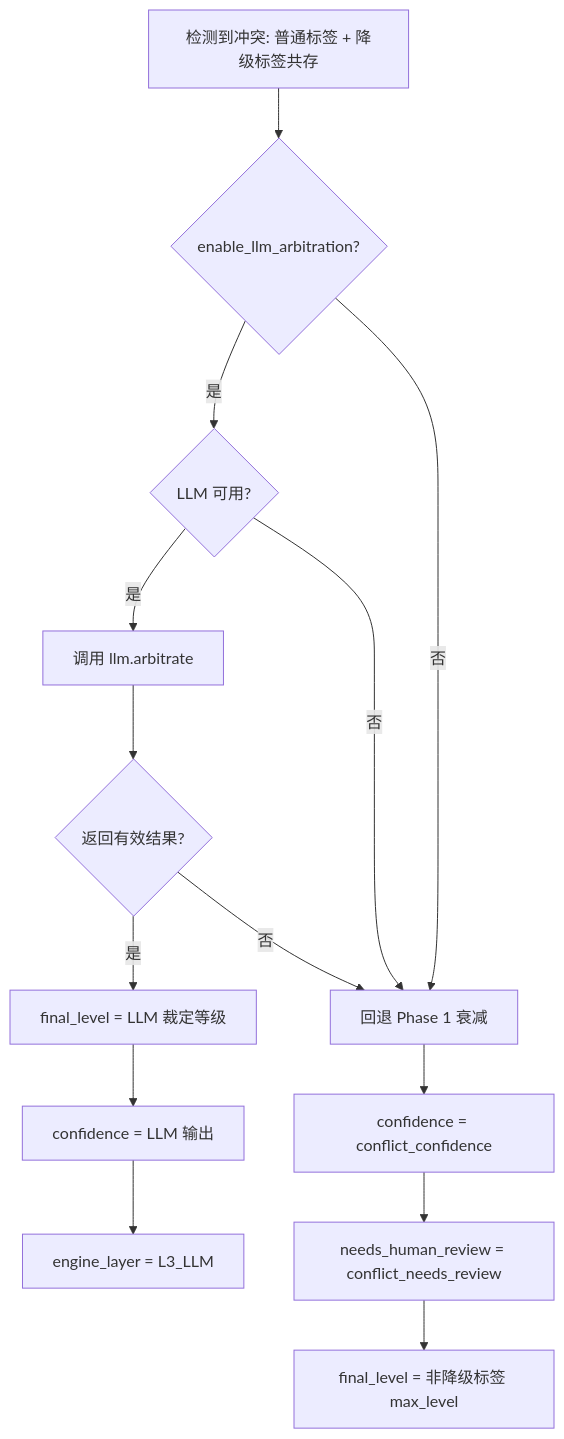
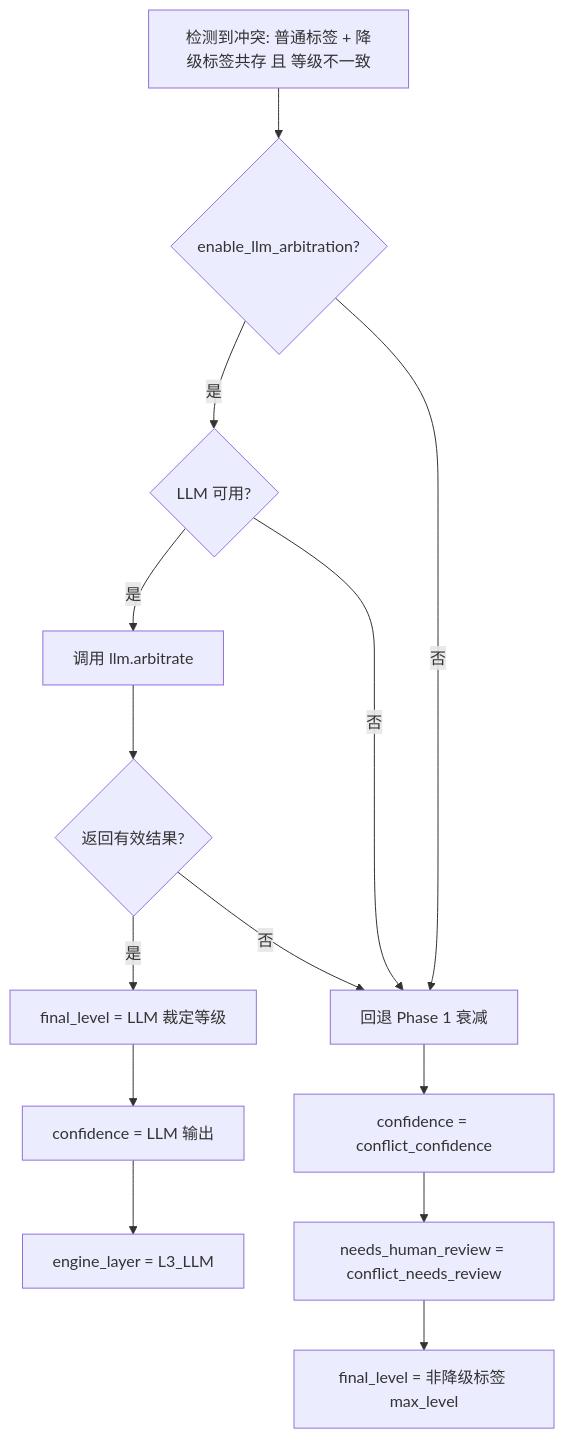
Before and after one commit to fengzhizi319/PrivShield: the third of 3 diagrams in docs/dynclassification/funnel_adjudication.md, drawn with Mermaid. The commit also changed other lines of this file and 7 other files, not shown here.

````diff
--- a/docs/dynclassification/funnel_adjudication.md
+++ b/docs/dynclassification/funnel_adjudication.md
@@ -167,16 +173,16 @@
 ```mermaid
 graph TD
-    A[检测到冲突: 普通标签 + 降级标签共存] --> B{enable_llm_arbitration?}
+    A[检测到冲突: 普通标签 + 降级标签共存 且 等级不一致] --> B{enable_llm_arbitration?}
     B -->|是| C{LLM 可用?}
     C -->|是| D[调用 llm.arbitrate]
     D --> E{返回有效结果?}
     E -->|是| F[final_level = LLM 裁定等级]
     F --> G[confidence = LLM 输出]
     G --> H[engine_layer = L3_LLM]
     E -->|否| I[回退 Phase 1 衰减]
     C -->|否| I
     B -->|否| I
     I --> J[confidence = conflict_confidence]
     J --> K[needs_human_review = conflict_needs_review]
     K --> L[final_level = 非降级标签 max_level]
 ```
````
